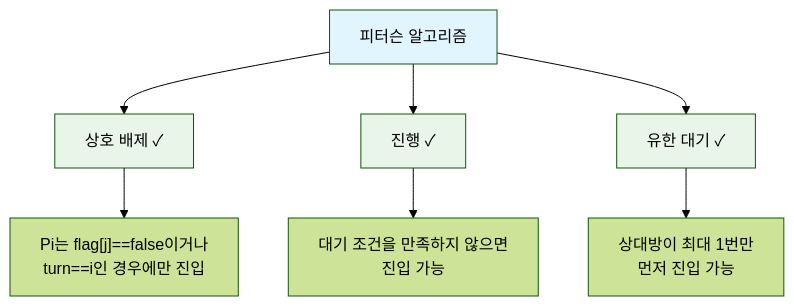
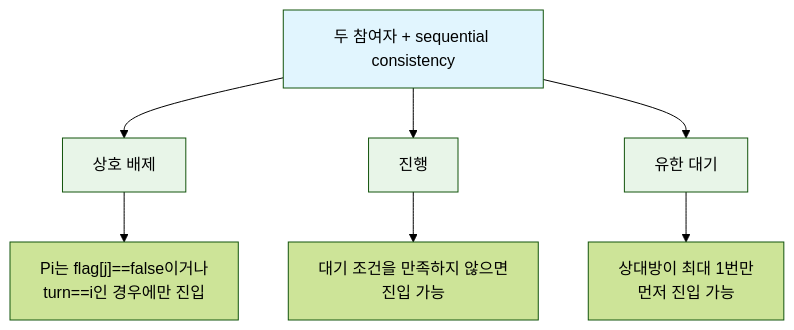
One commit to choisimo/document changed the sixth of 18 diagrams in content/docs/os/synchronization.md. Above: the diagram before and after it, drawn with Mermaid (forest theme). The commit also changed other lines of this file and 504 other files, not shown here.

````diff
--- a/content/docs/os/synchronization.md
+++ b/content/docs/os/synchronization.md
@@ -233,15 +243,15 @@
 ```mermaid
 graph TD
-    A[피터슨 알고리즘] --> B[상호 배제 ✓]
-    A --> C[진행 ✓]
-    A --> D[유한 대기 ✓]
+    A[두 참여자 + sequential consistency] --> B[상호 배제]
+    A --> C[진행]
+    A --> D[유한 대기]
     
     B --> B1["Pi는 flag[j]==false이거나<br/>turn==i인 경우에만 진입"]
     C --> C1["대기 조건을 만족하지 않으면<br/>진입 가능"]
     D --> D1["상대방이 최대 1번만<br/>먼저 진입 가능"]
     
     style A fill:#e1f5fe
     style B fill:#e8f5e8
     style C fill:#e8f5e8
     style D fill:#e8f5e8
 ```
````
